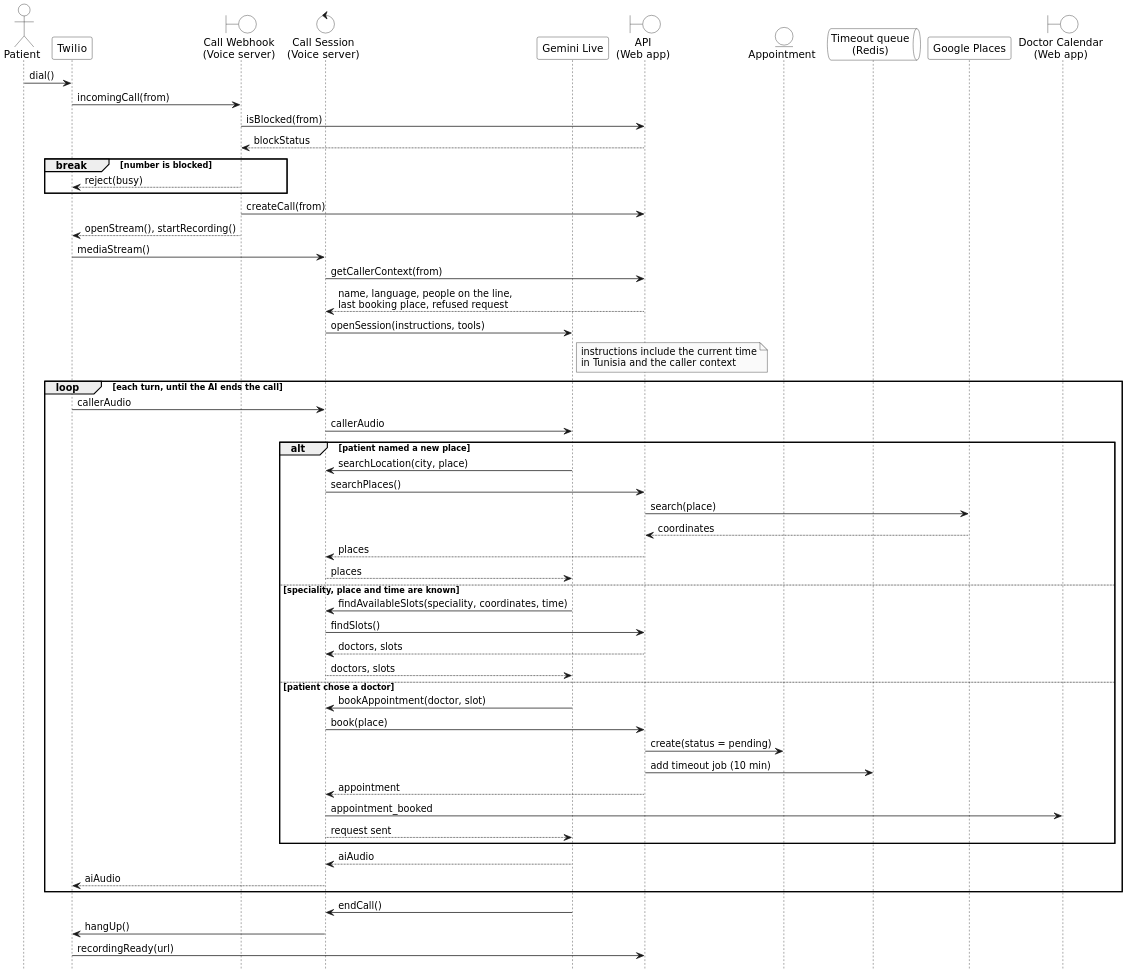
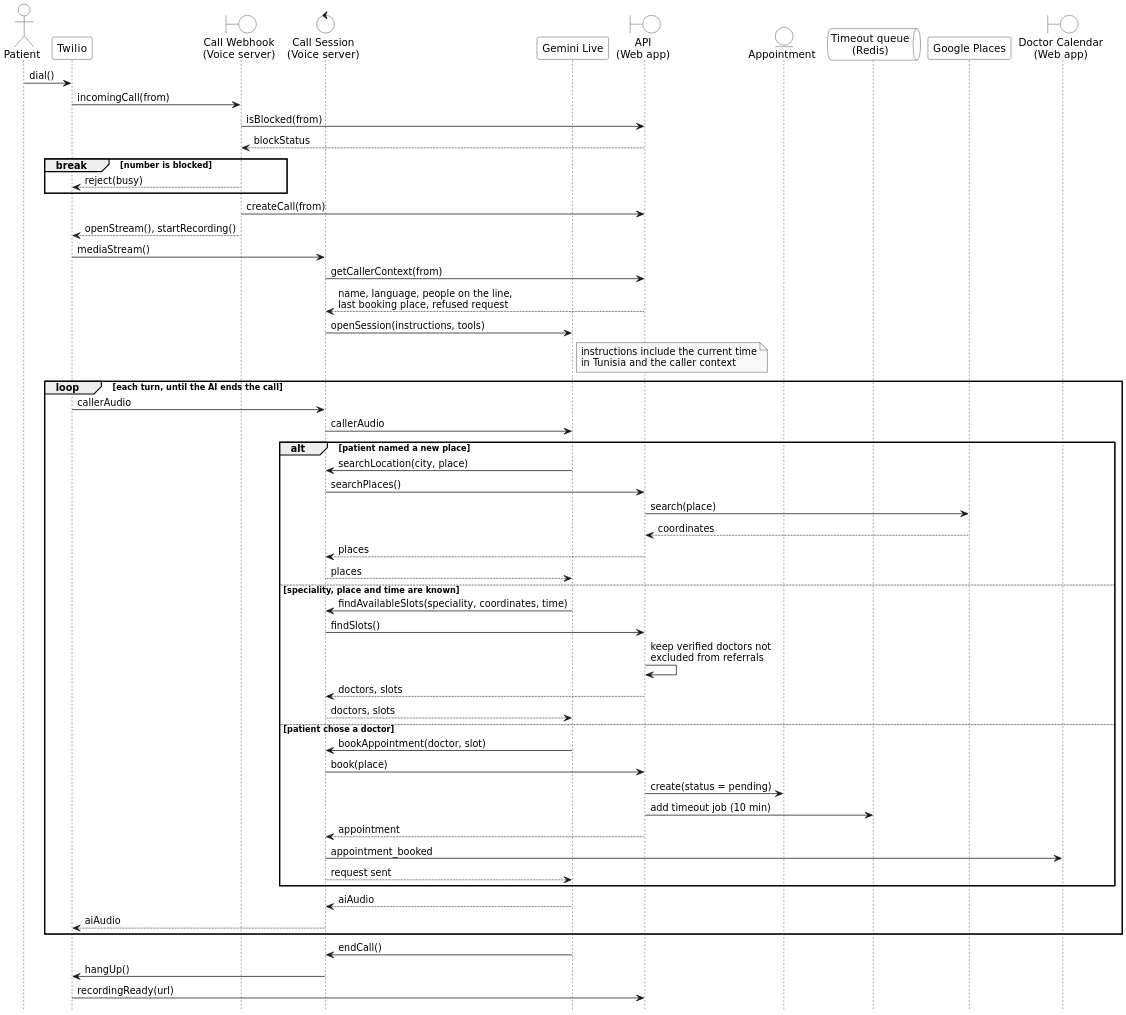
The diagram in images/diagrams/src/sequence_call_flow.puml (AtriOmar/riaya-report), drawn with PlantUML before and after one commit. The commit also changed 16 other files, not shown here.

```diff
--- a/images/diagrams/src/sequence_call_flow.puml
+++ b/images/diagrams/src/sequence_call_flow.puml
@@ -1,73 +1,74 @@
 @startuml sequence_call_flow
 skinparam dpi 192
 skinparam monochrome true
 skinparam shadowing false
 skinparam defaultFontName "DejaVu Sans"
 skinparam ParticipantBackgroundColor white
 skinparam ActorBackgroundColor white
 skinparam BoundaryBackgroundColor white
 skinparam ControlBackgroundColor white
 skinparam EntityBackgroundColor white
 skinparam QueueBackgroundColor white
 skinparam SequenceGroupHeaderBackgroundColor white
 hide footbox
 
 actor "Patient" as P
 participant "Twilio" as T
 boundary "Call Webhook\n(Voice server)" as H
 control "Call Session\n(Voice server)" as S
 participant "Gemini Live" as G
 boundary "API\n(Web app)" as A
 entity "Appointment" as E
 queue "Timeout queue\n(Redis)" as Q
 participant "Google Places" as GP
 boundary "Doctor Calendar\n(Web app)" as C
 
 P -> T : dial()
 T -> H : incomingCall(from)
 H -> A : isBlocked(from)
 A --> H : blockStatus
 break number is blocked
   H --> T : reject(busy)
 end
 H -> A : createCall(from)
 H --> T : openStream(), startRecording()
 T -> S : mediaStream()
 S -> A : getCallerContext(from)
 A --> S : name, language, people on the line,\nlast booking place, refused request
 S -> G : openSession(instructions, tools)
 note right of G
   instructions include the current time
   in Tunisia and the caller context
 end note
 loop each turn, until the AI ends the call
   T -> S : callerAudio
   S -> G : callerAudio
   alt patient named a new place
     G -> S : searchLocation(city, place)
     S -> A : searchPlaces()
     A -> GP : search(place)
     GP --> A : coordinates
     A --> S : places
     S --> G : places
   else speciality, place and time are known
     G -> S : findAvailableSlots(speciality, coordinates, time)
     S -> A : findSlots()
+    A -> A : keep verified doctors not\nexcluded from referrals
     A --> S : doctors, slots
     S --> G : doctors, slots
   else patient chose a doctor
     G -> S : bookAppointment(doctor, slot)
     S -> A : book(place)
     A -> E : create(status = pending)
     A -> Q : add timeout job (10 min)
     A --> S : appointment
     S -> C : appointment_booked
     S --> G : request sent
   end
   G --> S : aiAudio
   S --> T : aiAudio
 end
 G -> S : endCall()
 S -> T : hangUp()
 T -> A : recordingReady(url)
 @enduml
```
